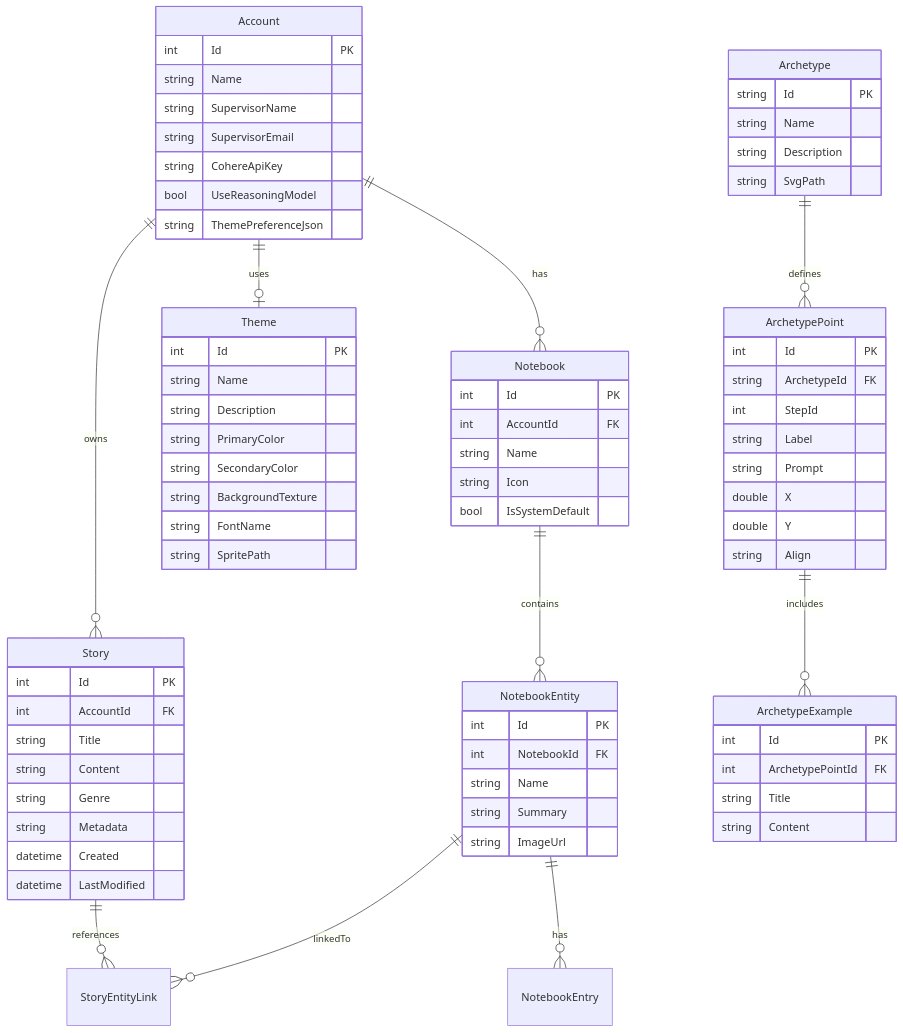
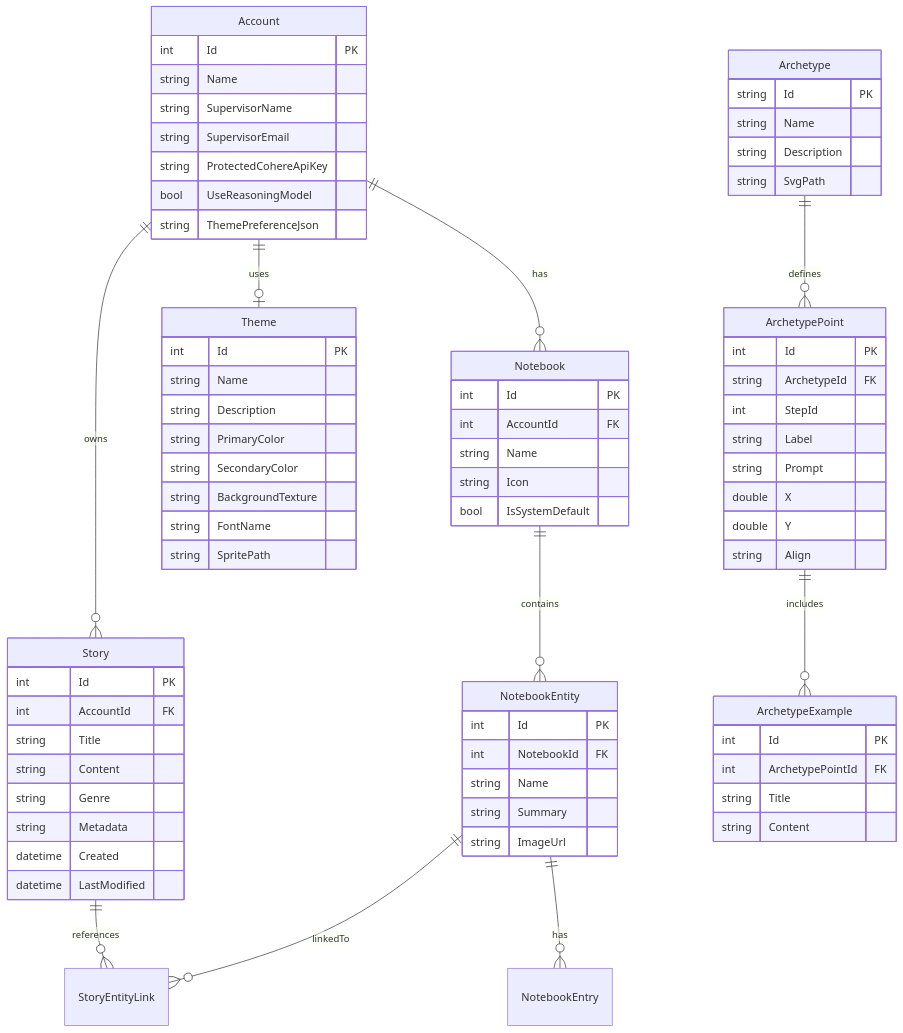
Before and after one commit to johnrobins204/unstickr: the third of 10 diagrams in .github/.refs/architecture/current_implementation.md, drawn with Mermaid. The commit also changed other lines of this file and 181 other files, not shown here.

```diff
--- a/.github/.refs/architecture/current_implementation.md
+++ b/.github/.refs/architecture/current_implementation.md
@@ -197,7 +202,7 @@
         string Name
         string SupervisorName
         string SupervisorEmail
-        string CohereApiKey
+        string ProtectedCohereApiKey
         bool UseReasoningModel
         string ThemePreferenceJson
     }
```
